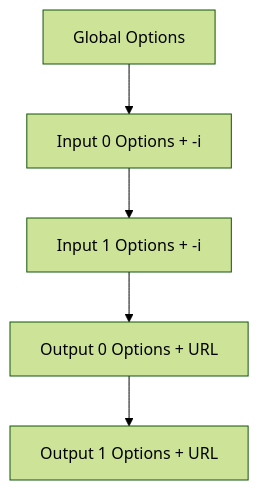
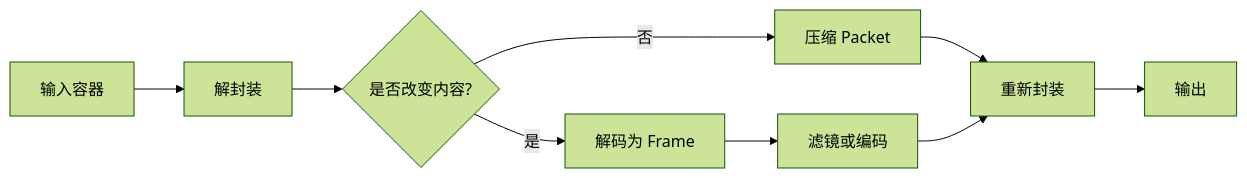
The diagram in src/content/tutorial/ffmpeg/05-参数体系与命令结构.md (flycodeu/FlyCodeCenter), drawn with Mermaid (forest theme) before and after one commit. The commit also changed other lines of this file and 7 other files, not shown here.

````diff
--- a/src/content/tutorial/ffmpeg/05-参数体系与命令结构.md
+++ b/src/content/tutorial/ffmpeg/05-参数体系与命令结构.md
@@ -29,7 +60,11 @@
 ```mermaid
-flowchart TB
-  G[Global Options] --> I0[Input 0 Options + -i]
-  I0 --> I1[Input 1 Options + -i]
-  I1 --> O0[Output 0 Options + URL]
-  O0 --> O1[Output 1 Options + URL]
+flowchart LR
+  A[输入容器] --> B[解封装]
+  B --> C{是否改变内容?}
+  C -->|否| D[压缩 Packet]
+  D --> G[重新封装]
+  C -->|是| E[解码为 Frame]
+  E --> F[滤镜或编码]
+  F --> G
+  G --> H[输出]
 ```
````
